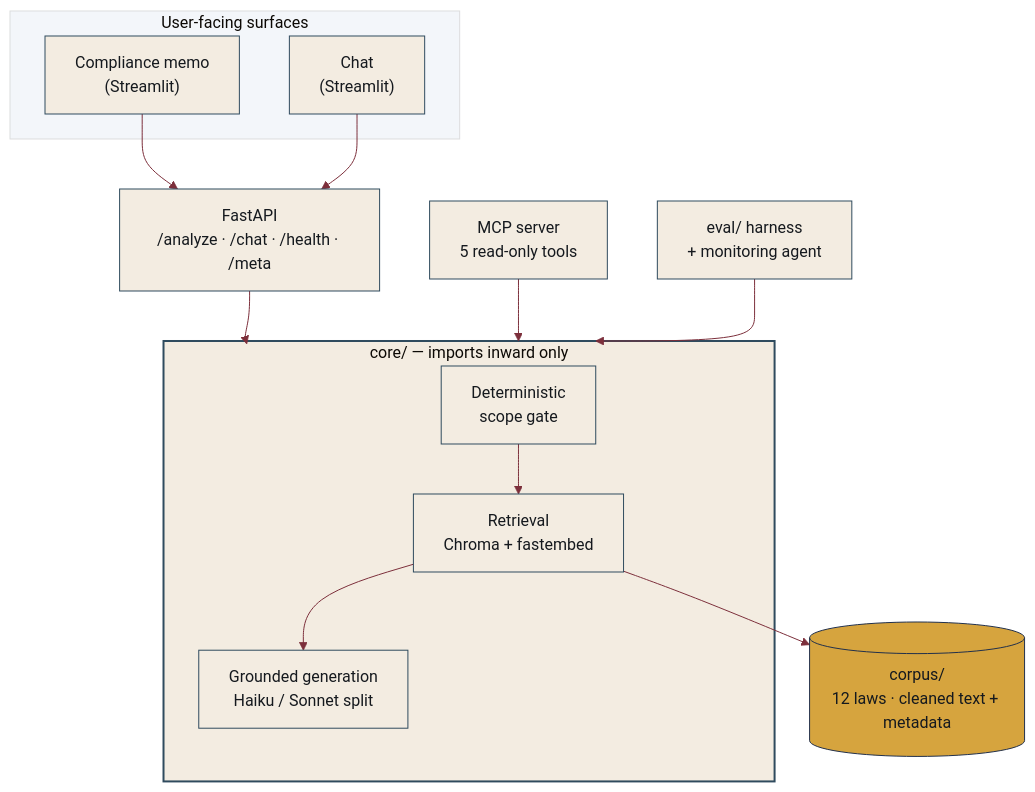
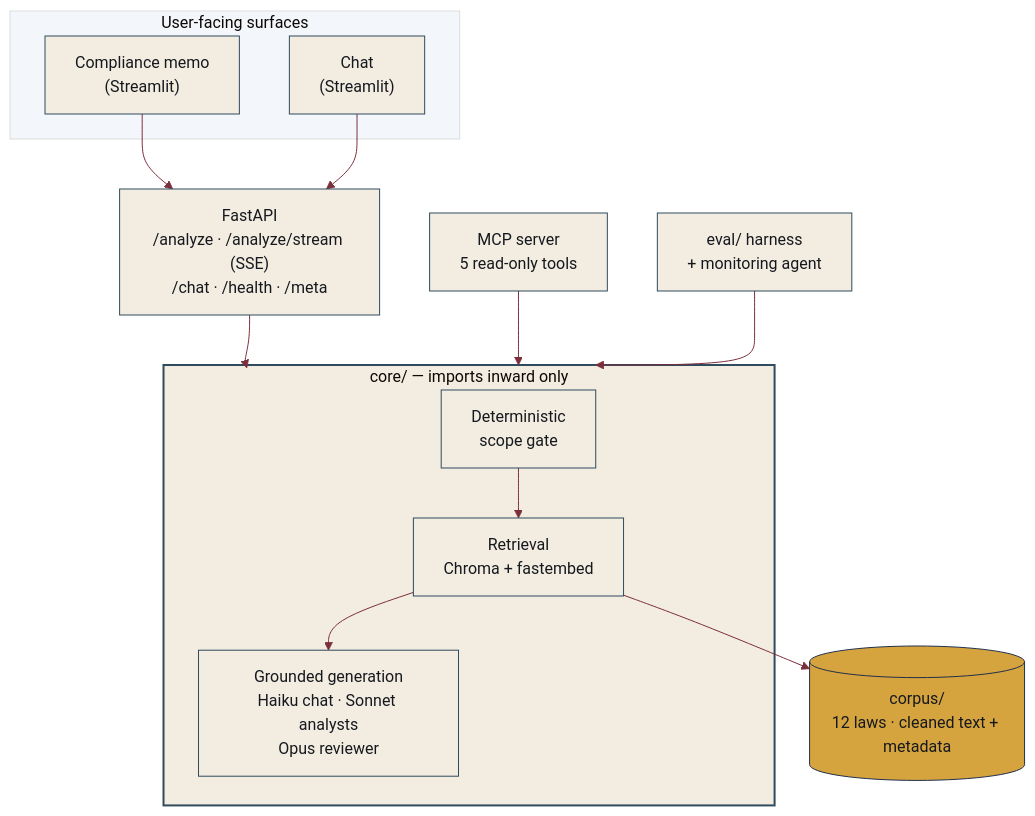
One commit to sjtroxel/Patchwork-Assurance changed the first of 2 diagrams in README.md. Above: the diagram before and after it, drawn with Mermaid. The commit also changed other lines of this file and 4 other files, not shown here.

````diff
--- a/README.md
+++ b/README.md
@@ -63,30 +63,30 @@
 ```mermaid
 %%{init: {'theme':'base', 'themeVariables': {'primaryColor':'#f3ece1','primaryBorderColor':'#2f4b5e','primaryTextColor':'#15191e','lineColor':'#7c2f3b','fontFamily':'system-ui'}}}%%
 flowchart TB
     subgraph surfaces[User-facing surfaces]
         memo["Compliance memo<br/>(Streamlit)"]
         chat["Chat<br/>(Streamlit)"]
     end
-    api["FastAPI<br/>/analyze · /chat · /health · /meta"]
+    api["FastAPI<br/>/analyze · /analyze/stream (SSE)<br/>/chat · /health · /meta"]
     mcp["MCP server<br/>5 read-only tools"]
     eval["eval/ harness<br/>+ monitoring agent"]
 
     subgraph core["core/ — imports inward only"]
         scope["Deterministic<br/>scope gate"]
         retr["Retrieval<br/>Chroma + fastembed"]
-        gen["Grounded generation<br/>Haiku / Sonnet split"]
+        gen["Grounded generation<br/>Haiku chat · Sonnet analysts<br/>Opus reviewer"]
         scope --> retr --> gen
     end
 
     corpus[("corpus/<br/>12 laws · cleaned text + metadata")]
 
     memo --> api
     chat --> api
     api --> core
     mcp --> core
     eval --> core
     retr --> corpus
 
     style core fill:#f3ece1,stroke:#2f4b5e,stroke-width:2px
     style corpus fill:#d6a43e,stroke:#21304c,color:#15191e
 ```
````
